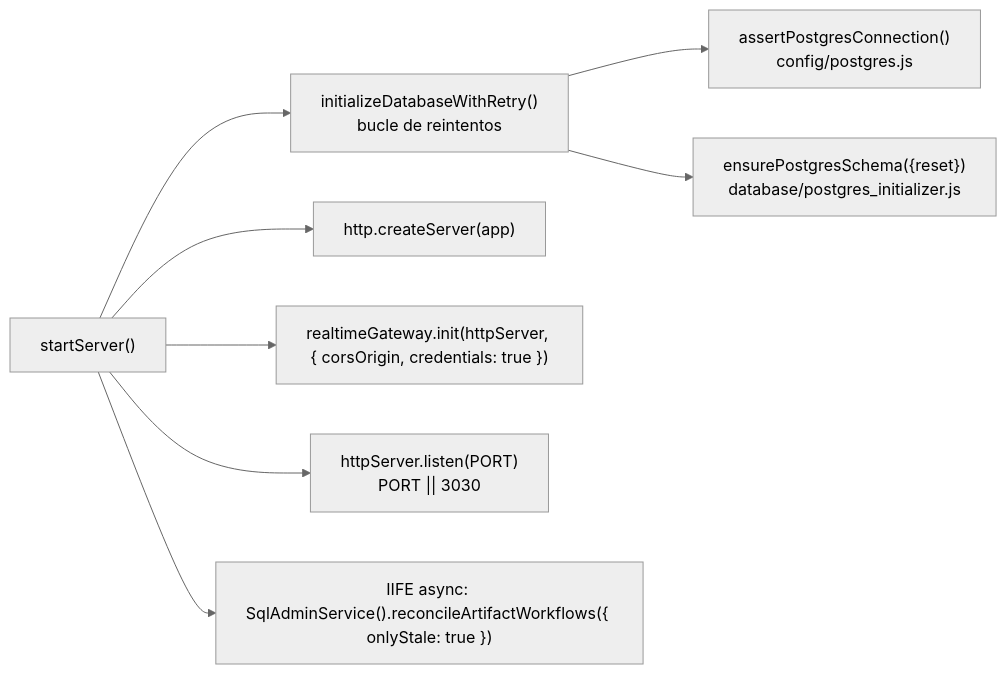
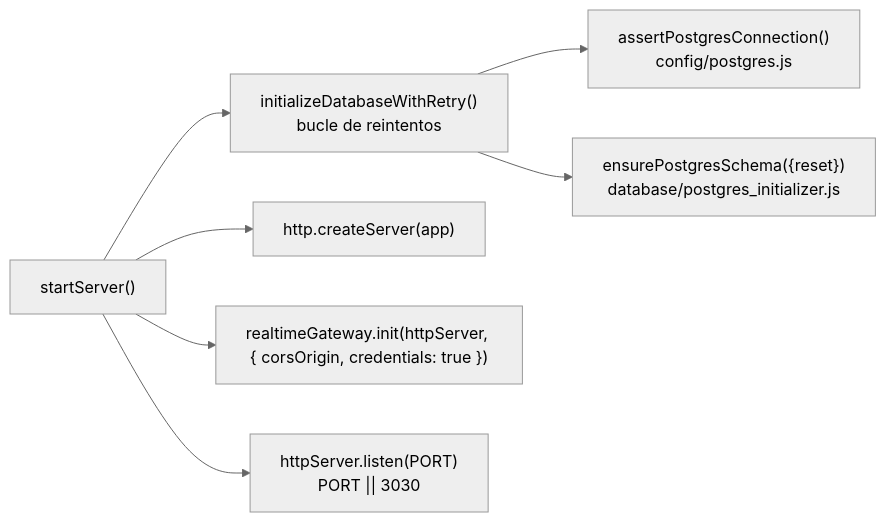
Before and after one commit to fresvel/deasy: the diagram in docs/src/content/docs/explicacion/backend-arranque.md, drawn with Mermaid (neutral theme). The commit also changed 7 other files, not shown here.

````diff
--- a/docs/src/content/docs/explicacion/backend-arranque.md
+++ b/docs/src/content/docs/explicacion/backend-arranque.md
@@ -24,20 +24,18 @@
 ```mermaid
 %% diagrama 04 — lo que hace startServer() al levantar el backend
 flowchart LR
     START["startServer()"]
     DB["initializeDatabaseWithRetry()<br/>bucle de reintentos"]
     DB1["assertPostgresConnection()<br/>config/postgres.js"]
     DB2["ensurePostgresSchema({reset})<br/>database/postgres_initializer.js"]
     HTTP["http.createServer(app)"]
     RT["realtimeGateway.init(httpServer, { corsOrigin, credentials: true })"]
     LISTEN["httpServer.listen(PORT)<br/>PORT || 3030"]
-    IIFE["IIFE async: SqlAdminService().reconcileArtifactWorkflows({ onlyStale: true })"]
 
     START --> DB
     DB --> DB1
     DB --> DB2
     START --> HTTP
     START --> RT
     START --> LISTEN
-    START --> IIFE
 ```
````
